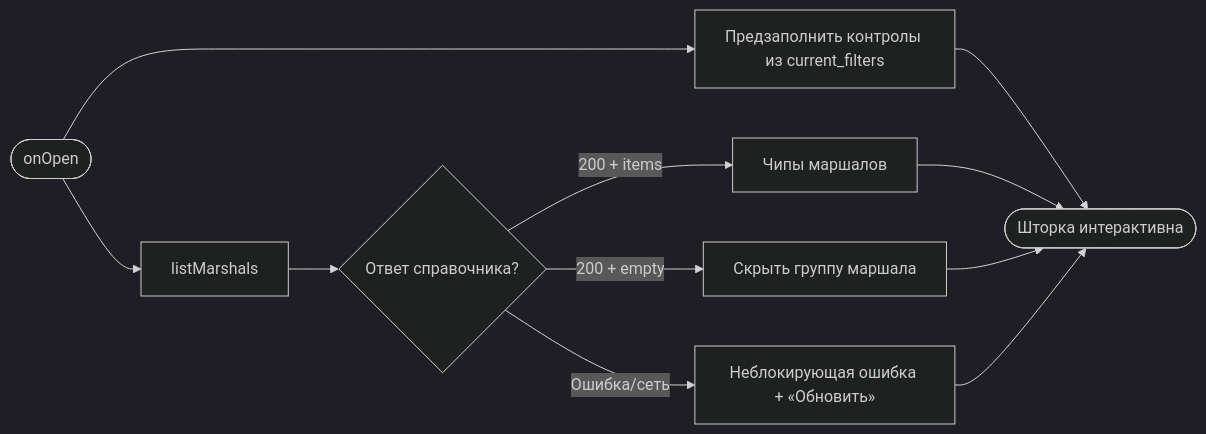
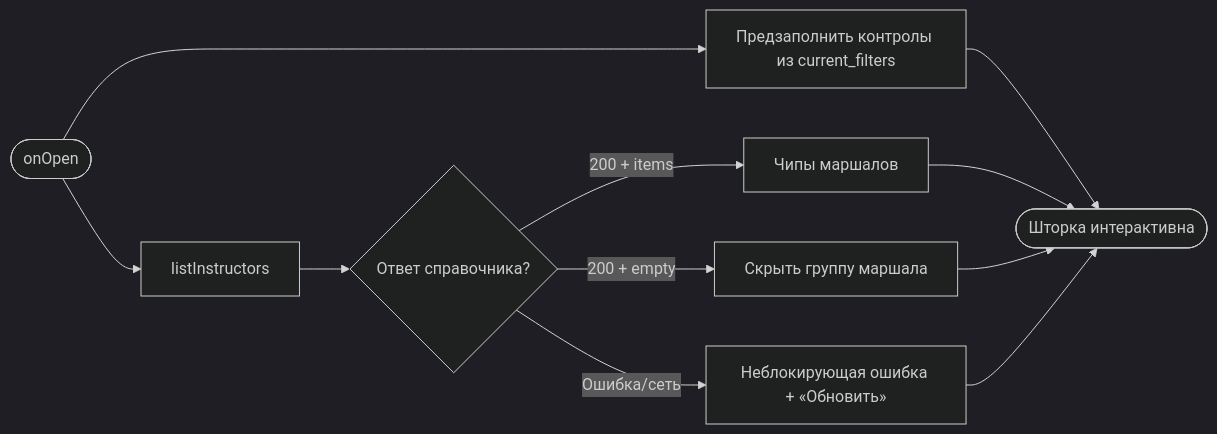
Before and after one commit to archybrowwwn/summer-school-karting: the first of 2 diagrams in 01-analysis/5-mobile-app-spec/BS-001-filters.md, drawn with Mermaid (dark theme). The commit also changed other lines of this file and 54 other files, not shown here.

````diff
--- a/01-analysis/5-mobile-app-spec/BS-001-filters.md
+++ b/01-analysis/5-mobile-app-spec/BS-001-filters.md
@@ -119,16 +119,16 @@
 ```mermaid
 flowchart LR
     Start([onOpen]) --> Prefill[Предзаполнить контролы из current_filters]
-    Start --> LoadMarshals[listMarshals]
+    Start --> LoadMarshals[listInstructors]
 
     Prefill --> Ready([Шторка интерактивна])
 
     LoadMarshals --> Check{Ответ справочника?}
     Check -->|200 + items| MarshalsReady[Чипы маршалов]
     Check -->|200 + empty| MarshalsEmpty[Скрыть группу маршала]
     Check -->|Ошибка/сеть| MarshalsError[Неблокирующая ошибка + «Обновить»]
 
     MarshalsReady --> Ready
     MarshalsEmpty --> Ready
     MarshalsError --> Ready
 ```
````
